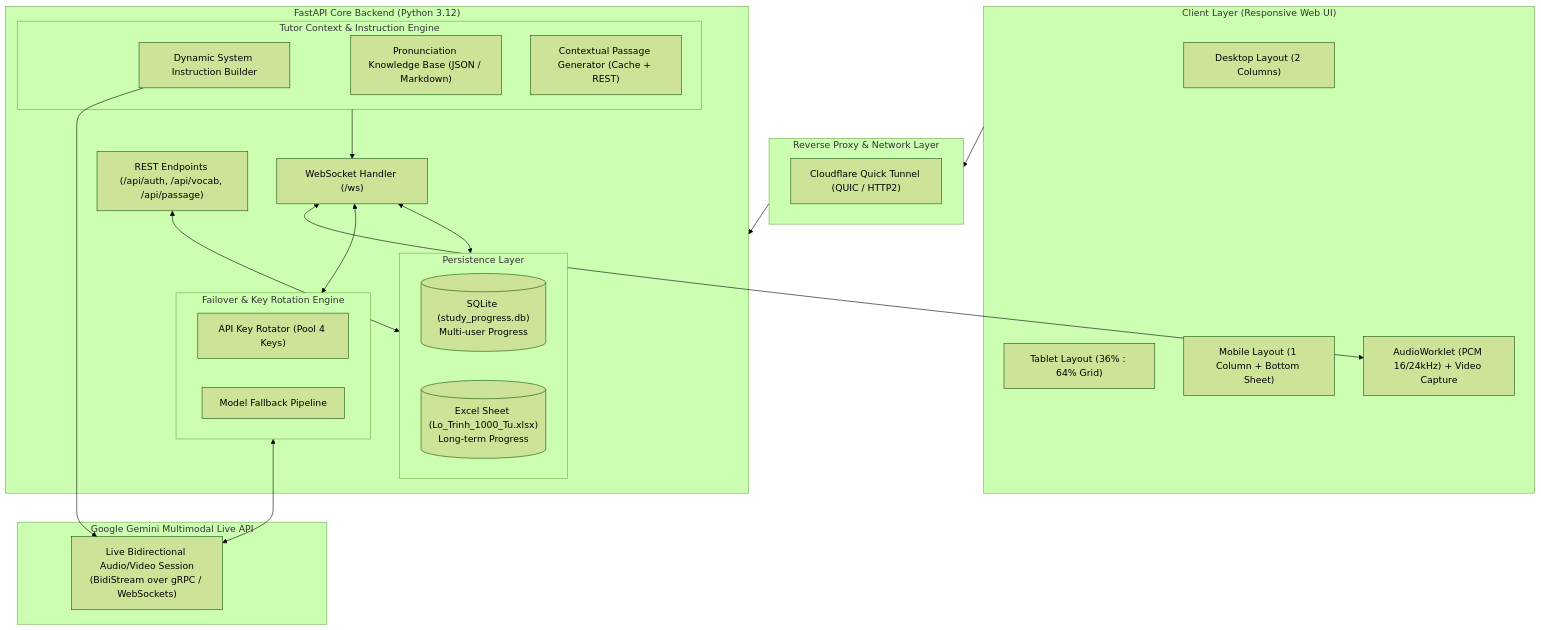
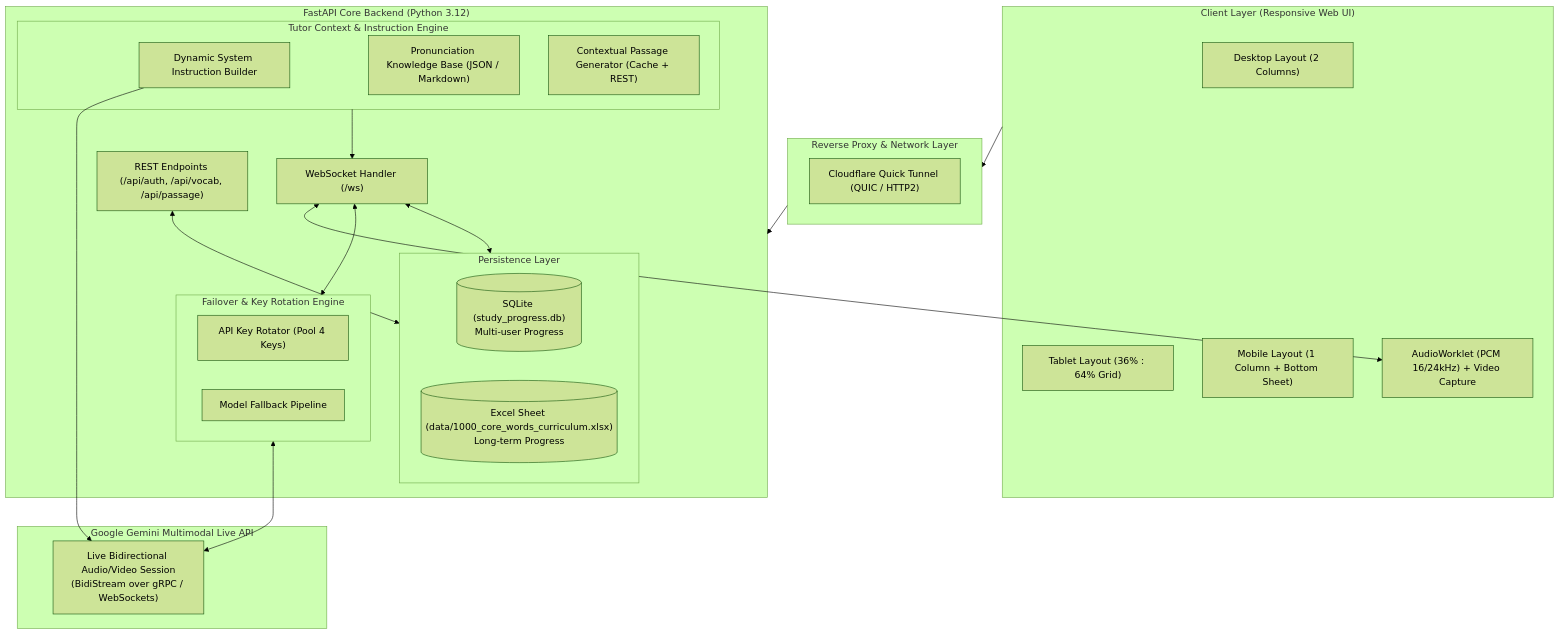
Before and after one commit to maithanhcong/gemini-live-english-tutor: the first of 2 diagrams in ARCHITECTURE.md, drawn with Mermaid (forest theme). The commit also changed 14 other files, not shown here.

Commit message:
refactor: reorganize project structure and rename 1000 words curriculum

````diff
--- a/ARCHITECTURE.md
+++ b/ARCHITECTURE.md
@@ -11,48 +11,48 @@
 ```mermaid
 flowchart TB
     subgraph Client ["Client Layer (Responsive Web UI)"]
         UI_Desktop["Desktop Layout (2 Columns)"]
         UI_Tablet["Tablet Layout (36% : 64% Grid)"]
         UI_Mobile["Mobile Layout (1 Column + Bottom Sheet)"]
         MediaStreamer["AudioWorklet (PCM 16/24kHz) + Video Capture"]
     end
 
     subgraph Gateway ["Reverse Proxy & Network Layer"]
         Cloudflare["Cloudflare Quick Tunnel (QUIC / HTTP2)"]
     end
 
     subgraph Backend ["FastAPI Core Backend (Python 3.12)"]
         WS_Server["WebSocket Handler (/ws)"]
         REST_API["REST Endpoints (/api/auth, /api/vocab, /api/passage)"]
         
         subgraph FailoverCore ["Failover & Key Rotation Engine"]
             KeyRotator["API Key Rotator (Pool 4 Keys)"]
             ModelFallback["Model Fallback Pipeline"]
         end
 
         subgraph TutorEngine ["Tutor Context & Instruction Engine"]
             SysInstruction["Dynamic System Instruction Builder"]
             KB["Pronunciation Knowledge Base (JSON / Markdown)"]
             PassageService["Contextual Passage Generator (Cache + REST)"]
         end
 
         subgraph Persistence ["Persistence Layer"]
             SQLiteDB[("SQLite (study_progress.db)\nMulti-user Progress")]
-            ExcelStorage[("Excel Sheet (Lo_Trinh_1000_Tu.xlsx)\nLong-term Progress")]
+            ExcelStorage[("Excel Sheet (data/1000_core_words_curriculum.xlsx)\nLong-term Progress")]
         end
     end
 
     subgraph GeminiLive ["Google Gemini Multimodal Live API"]
         LiveSession["Live Bidirectional Audio/Video Session\n(BidiStream over gRPC / WebSockets)"]
     end
 
     Client --> Gateway
     Gateway --> Backend
     WS_Server <--> MediaStreamer
     WS_Server <--> FailoverCore
     FailoverCore <--> LiveSession
     TutorEngine --> WS_Server
     SysInstruction --> LiveSession
     REST_API <--> Persistence
     WS_Server <--> Persistence
 ```
````
